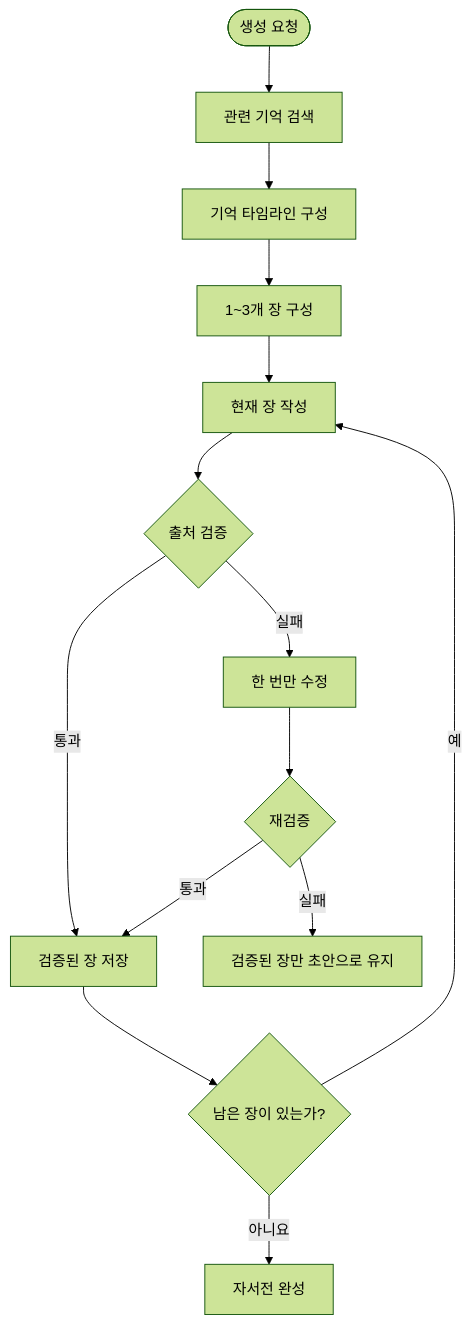
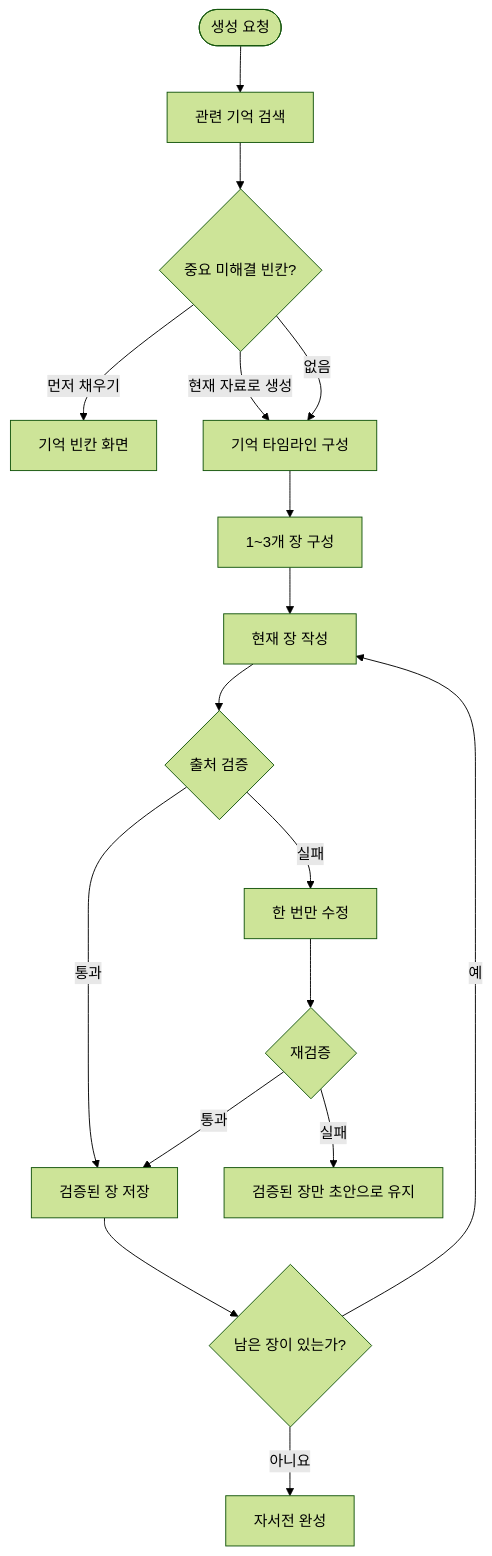
The third of 3 diagrams in README.md (nnieun/life-archive-ai), drawn with Mermaid (forest theme) before and after one commit. The commit also changed other lines of this file and 8 other files, not shown here.

````diff
--- a/README.md
+++ b/README.md
@@ -140,18 +170,21 @@
 ```mermaid
 flowchart TD
     START([생성 요청]) --> RETRIEVE[관련 기억 검색]
-    RETRIEVE --> TIMELINE[기억 타임라인 구성]
+    RETRIEVE --> GAP{중요 미해결 빈칸?}
+    GAP -- 먼저 채우기 --> GAPUI[기억 빈칸 화면]
+    GAP -- 현재 자료로 생성 --> TIMELINE[기억 타임라인 구성]
+    GAP -- 없음 --> TIMELINE
     TIMELINE --> PLAN[1~3개 장 구성]
     PLAN --> WRITE[현재 장 작성]
     WRITE --> VERIFY{출처 검증}
 
     VERIFY -- 통과 --> SAVE[검증된 장 저장]
     VERIFY -- 실패 --> REVISE[한 번만 수정]
     REVISE --> VERIFY2{재검증}
 
     VERIFY2 -- 통과 --> SAVE
     VERIFY2 -- 실패 --> DRAFT[검증된 장만 초안으로 유지]
     SAVE --> NEXT{남은 장이 있는가?}
     NEXT -- 예 --> WRITE
     NEXT -- 아니요 --> COMPLETE[자서전 완성]
 ```
````
